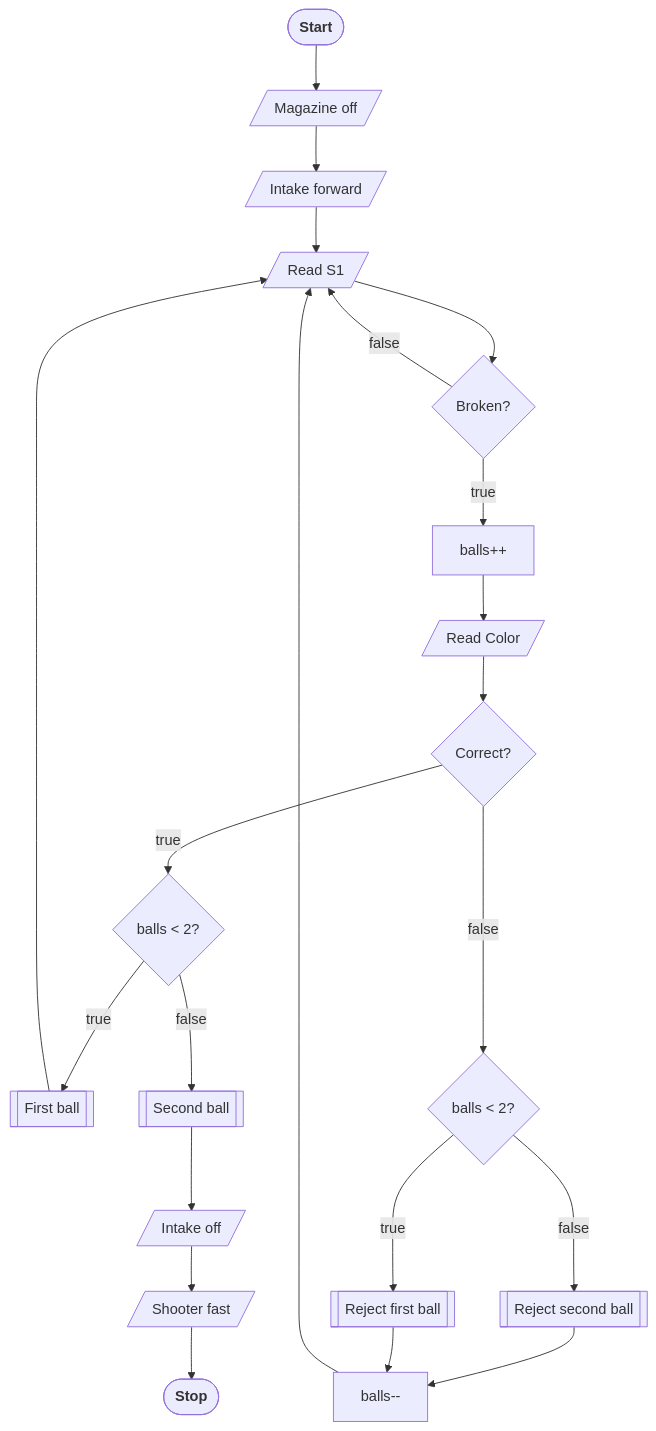
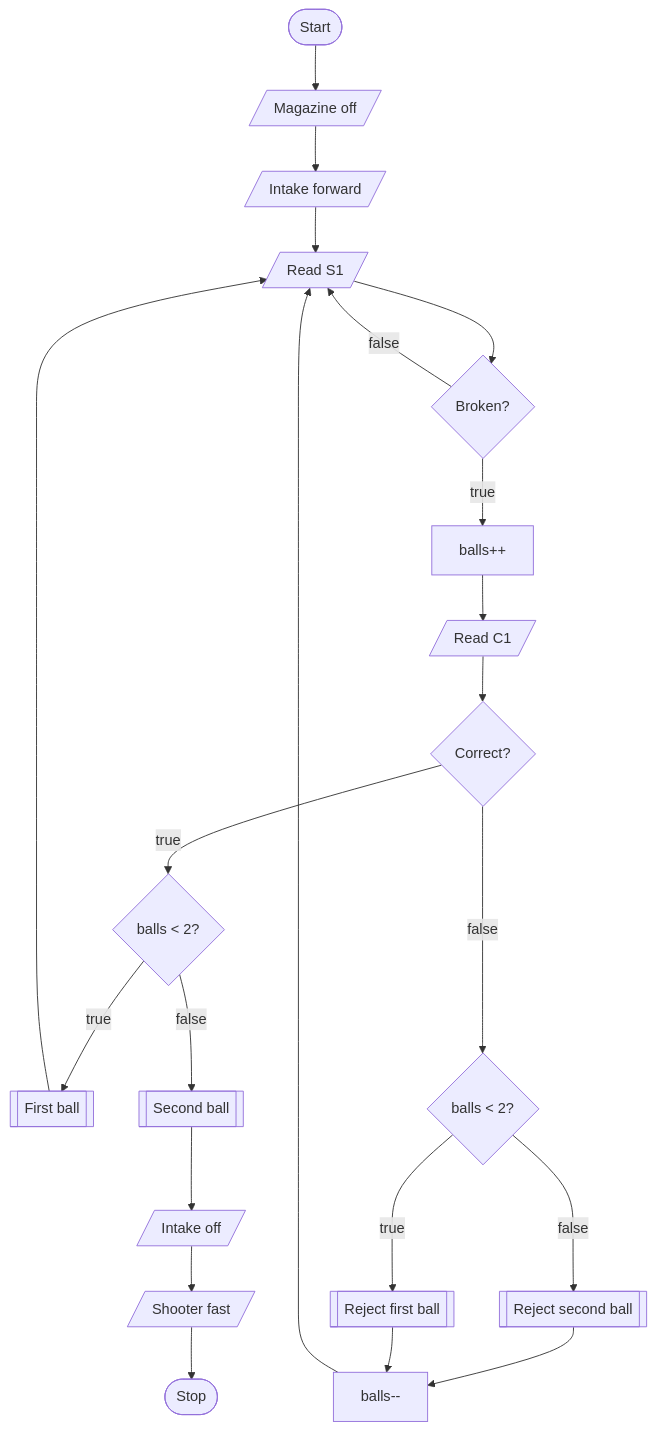
Before and after one commit to itrt4176/rapidreact2022: the first of 5 diagrams in docs/ball-management-no-gate.md, drawn with Mermaid. The commit also changed other lines of this file, not shown here.

First line of the commit message:
Update ball-management-no-gate.md

````diff
--- a/docs/ball-management-no-gate.md
+++ b/docs/ball-management-no-gate.md
@@ -3,37 +13,37 @@
 ```mermaid
 flowchart TB
-    start([<b>Start</b>])
+    start([Start])
     magOff0[/Magazine off/]
     intakeForward1[/Intake forward/]
     s1[/Read S1/]
     s1Check{Broken?}
     ball1Sub[[First ball]]
     ball2Sub[[Second ball]]
     dec[balls--]
     ballCheck1{balls < 2?}
     ballCheck2{balls < 2?}
     reject1Sub[[Reject first ball]]
-    c1[/Read Color/]
+    c1[/Read C1/]
     c1Check{Correct?}
     inc[balls++]
     reject2Sub[[Reject second ball]]
 
     start --> magOff0 --> intakeForward1 --> s1 --> s1Check
     s1Check -- true --> inc --> c1 --> c1Check
     s1Check -- false --> s1
 
     c1Check -- true --> ballCheck1
     c1Check -- false ---> ballCheck2
 
     ballCheck1 -- true --> ball1Sub --> s1
     ballCheck1 -- false --> ball2Sub
 
-    ball2Sub --> inOff[/Intake off/] --> shooterFast[/Shooter fast/] --> stop([<b>Stop</b>])
+    ball2Sub --> inOff[/Intake off/] --> shooterFast[/Shooter fast/] --> stop([Stop])
 
     ballCheck2 -- true ---> reject1Sub
     ballCheck2 -- false ---> reject2Sub
 
     reject2Sub --> dec
     reject1Sub --> dec
     dec --> s1
 ```
````
